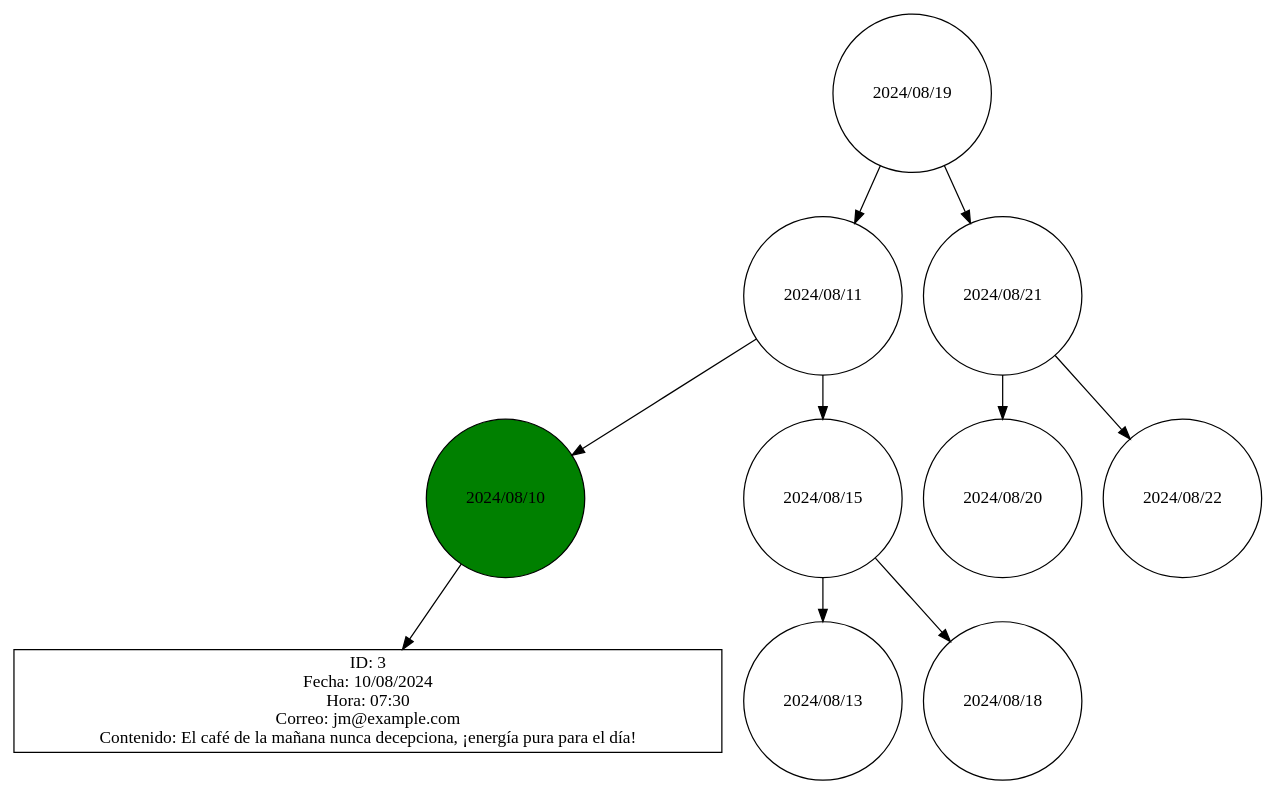
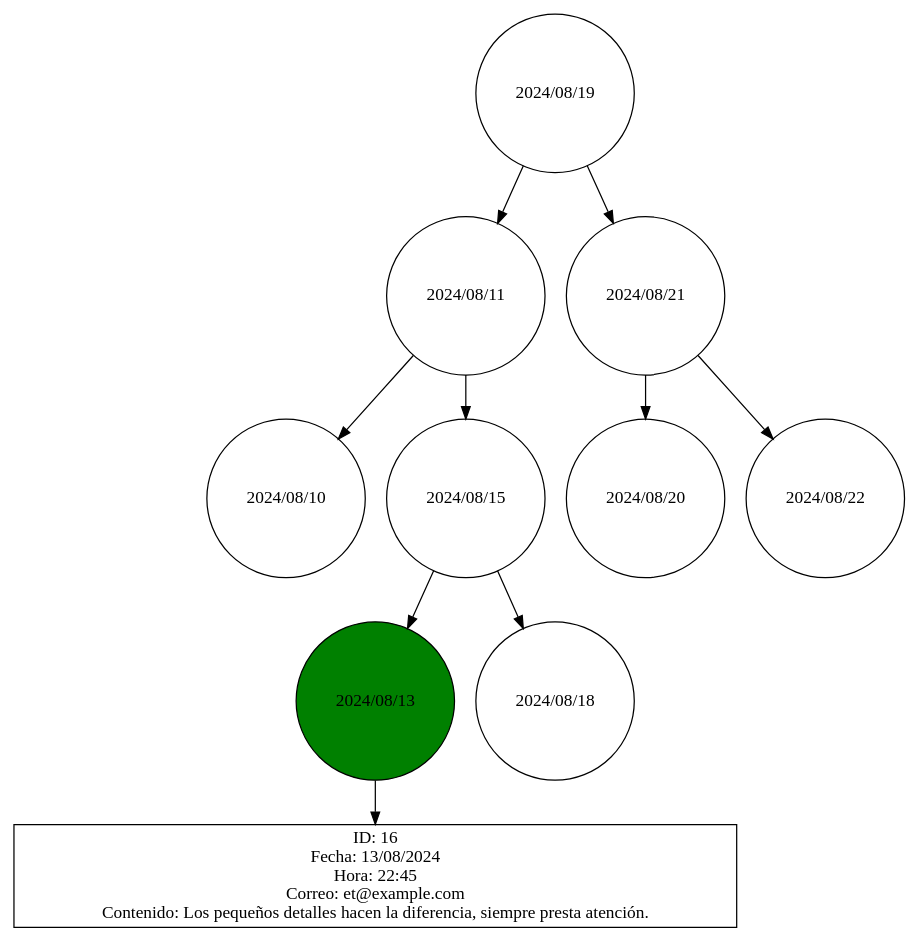
Before and after one commit to Kevin-alvarez1/PROYECTO_MULTIFASES_RED_SOCIAL: the diagram in Fase3/main/build/Desktop_Qt_6_7_2_MinGW_64_bit-Debug/ArbolBB.dot, drawn with Graphviz. The commit also changed 70 other files, not shown here.

```diff
--- a/Fase3/main/build/Desktop_Qt_6_7_2_MinGW_64_bit-Debug/ArbolBB.dot
+++ b/Fase3/main/build/Desktop_Qt_6_7_2_MinGW_64_bit-Debug/ArbolBB.dot
@@ -1,14 +1,14 @@
 digraph BSTTree {
 node [shape=circle];
 "2024/08/19" -> "2024/08/11";
 "2024/08/11" -> "2024/08/10";
-"2024/08/10" [style=filled, fillcolor=green];
-"pub_3" [shape=rectangle, label="ID: 3\nFecha: 10/08/2024\nHora: 07:30\nCorreo: jm@example.com\nContenido: El café de la mañana nunca decepciona, ¡energía pura para el día!"];
-"2024/08/10" -> "pub_3";
 "2024/08/11" -> "2024/08/15";
 "2024/08/15" -> "2024/08/13";
+"2024/08/13" [style=filled, fillcolor=green];
+"pub_16" [shape=rectangle, label="ID: 16\nFecha: 13/08/2024\nHora: 22:45\nCorreo: et@example.com\nContenido: Los pequeños detalles hacen la diferencia, siempre presta atención."];
+"2024/08/13" -> "pub_16";
 "2024/08/15" -> "2024/08/18";
 "2024/08/19" -> "2024/08/21";
 "2024/08/21" -> "2024/08/20";
 "2024/08/21" -> "2024/08/22";
 }
```
